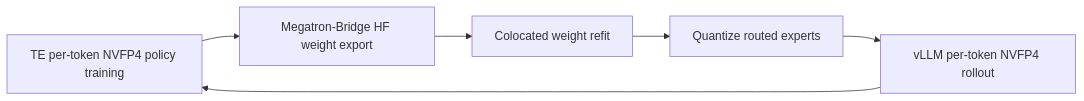
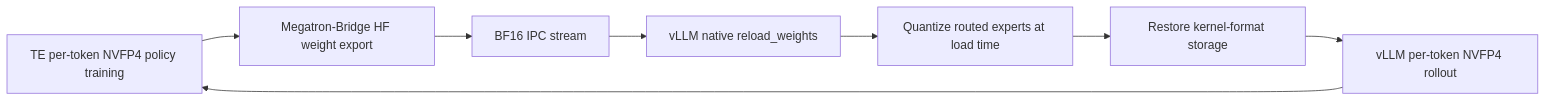
One commit to sharonyu-115/NeMo-RL changed the diagram in docs/design-docs/te-nvfp4-per-token-rollout.md. Above: the diagram before and after it, drawn with Mermaid. The commit also changed other lines of this file, not shown here.

Commit message:
docs: document native NVFP4 refit performance

````diff
--- a/docs/design-docs/te-nvfp4-per-token-rollout.md
+++ b/docs/design-docs/te-nvfp4-per-token-rollout.md
@@ -132,8 +154,10 @@
 ```mermaid
 flowchart LR
     A[TE per-token NVFP4 policy training] --> B[Megatron-Bridge HF weight export]
-    B --> D[Colocated weight refit]
-    D --> C[Quantize routed experts]
-    C --> E[vLLM per-token NVFP4 rollout]
-    E --> A
+    B --> C[BF16 IPC stream]
+    C --> D[vLLM native reload_weights]
+    D --> E[Quantize routed experts at load time]
+    E --> F[Restore kernel-format storage]
+    F --> G[vLLM per-token NVFP4 rollout]
+    G --> A
 ```
````
